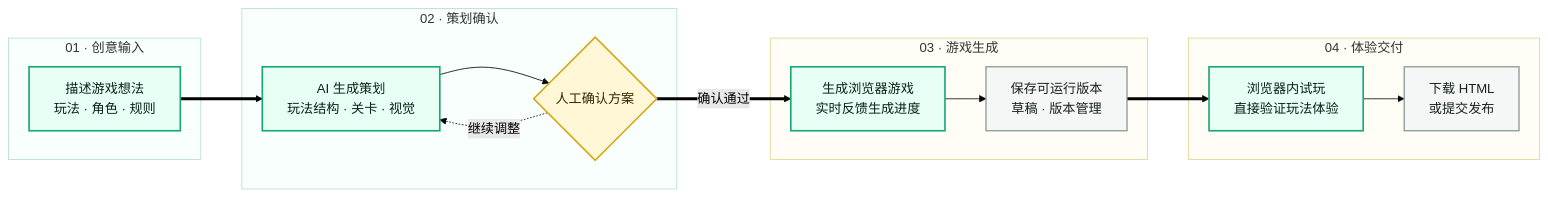
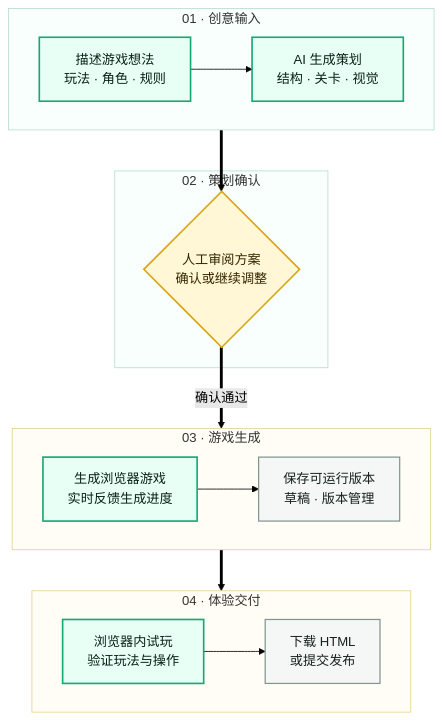
Before and after one commit to ByteTitan-star/GameForge-Copilot: the diagram in README.md, drawn with Mermaid (forest theme). The commit also changed other lines of this file and 1 other file, not shown here.

````diff
--- a/README.md
+++ b/README.md
@@ -27,40 +27,40 @@
 ```mermaid
-flowchart LR
+flowchart TB
     subgraph S1["01 · 创意输入"]
-        A["描述游戏想法<br/>玩法 · 角色 · 规则"]
+        direction LR
+        A["描述游戏想法<br/>玩法 · 角色 · 规则"] --> B["AI 生成策划<br/>结构 · 关卡 · 视觉"]
     end
 
     subgraph S2["02 · 策划确认"]
-        B["AI 生成策划<br/>玩法结构 · 关卡 · 视觉"]
-        C{"人工确认方案"}
-        B --> C
-        C -.->|继续调整| B
+        C{"人工审阅方案<br/>确认或继续调整"}
     end
 
     subgraph S3["03 · 游戏生成"]
+        direction LR
         D["生成浏览器游戏<br/>实时反馈生成进度"]
         E["保存可运行版本<br/>草稿 · 版本管理"]
         D --> E
     end
 
     subgraph S4["04 · 体验交付"]
-        F["浏览器内试玩<br/>直接验证玩法体验"]
+        direction LR
+        F["浏览器内试玩<br/>验证玩法与操作"]
         G["下载 HTML<br/>或提交发布"]
         F --> G
     end
 
-    A ==> B
+    B ==> C
     C ==>|确认通过| D
     E ==> F
 
     classDef primary fill:#e8fff6,stroke:#18a875,stroke-width:2px,color:#092018
     classDef decision fill:#fff7d6,stroke:#d7a719,stroke-width:2px,color:#332600
     classDef output fill:#f4f7f6,stroke:#83958f,stroke-width:1.5px,color:#17211e
     class A,B,D,F primary
     class C decision
     class E,G output
     style S1 fill:#f8fffc,stroke:#b7ded0,stroke-width:1px
     style S2 fill:#f8fffc,stroke:#b7ded0,stroke-width:1px
     style S3 fill:#fffdf5,stroke:#e6d28d,stroke-width:1px
     style S4 fill:#fffdf5,stroke:#e6d28d,stroke-width:1px
 ```
````
